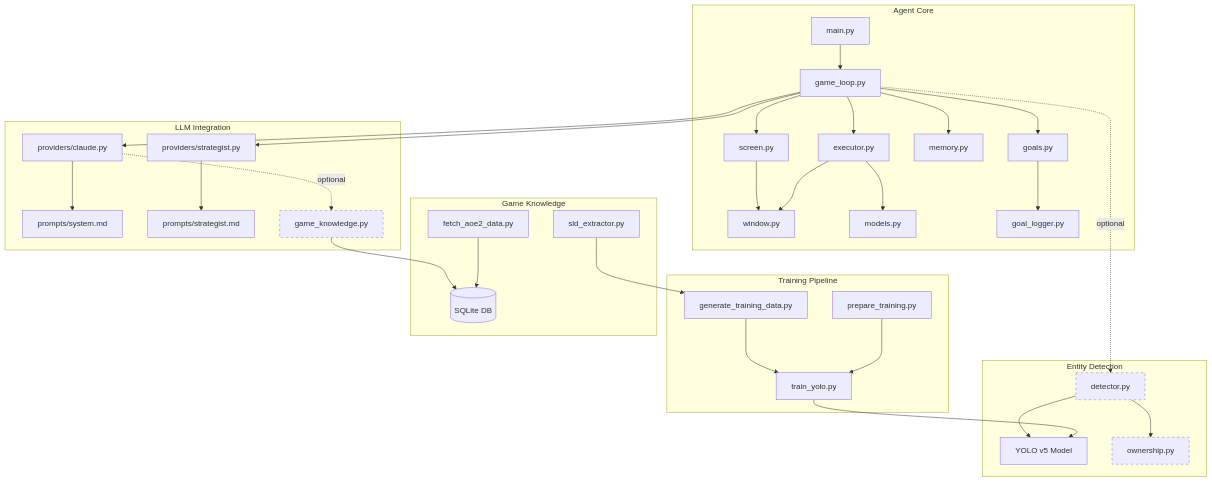
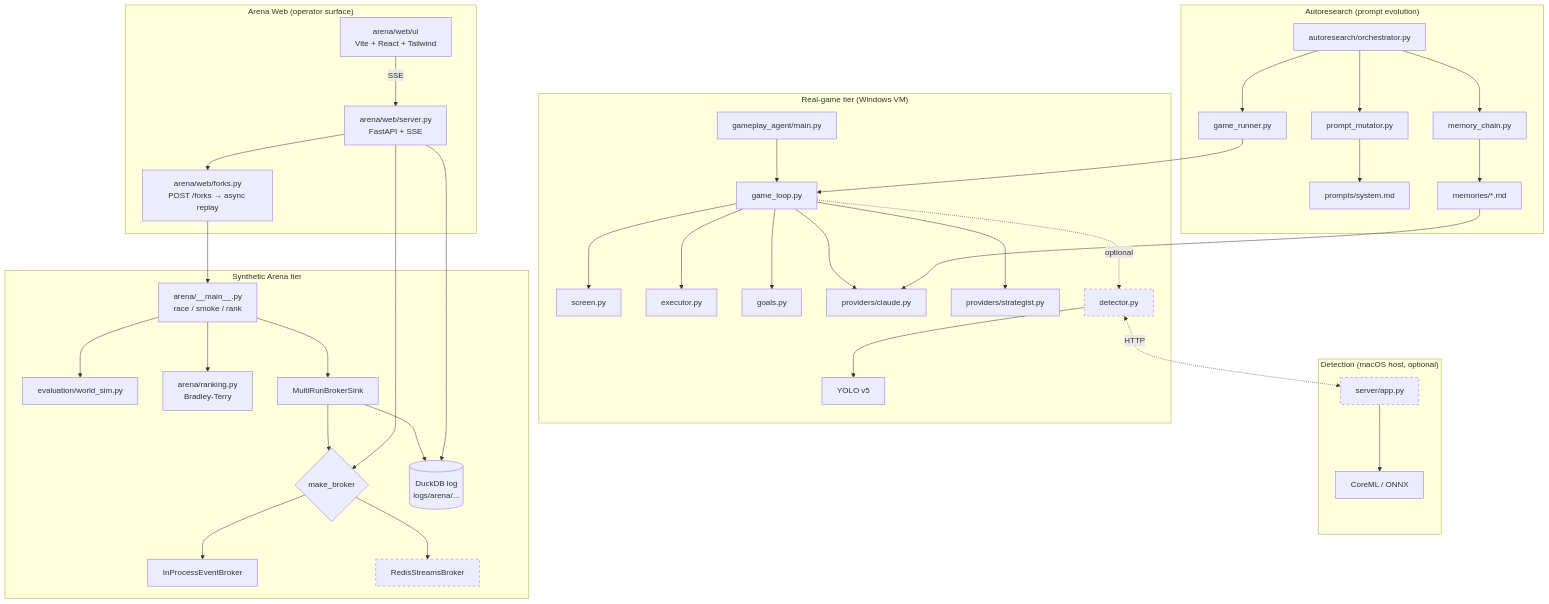
Before and after one commit to dobosmarton/aoe2-agent: the diagram in docs/index.md, drawn with Mermaid. The commit also changed other lines of this file and 29 other files, not shown here.

````diff
--- a/docs/index.md
+++ b/docs/index.md
@@ -9,44 +9,50 @@
 ```mermaid
 graph TD
-    subgraph "Agent Core"
-        MAIN[main.py] --> LOOP[game_loop.py]
+    subgraph "Real-game tier (Windows VM)"
+        MAIN[gameplay_agent/main.py] --> LOOP[game_loop.py]
         LOOP --> SCREEN[screen.py]
         LOOP --> EXEC[executor.py]
-        LOOP --> MEM[memory.py]
         LOOP --> GOALS[goals.py]
-        SCREEN --> WIN[window.py]
-        EXEC --> MODELS[models.py]
-        EXEC --> WIN
-        GOALS --> GLOG[goal_logger.py]
+        LOOP --> PROV[providers/claude.py]
+        LOOP --> STRAT[providers/strategist.py]
+        LOOP -.->|optional| DET[detector.py]
+        DET --> YOLO[YOLO v5]
     end
 
-    subgraph "LLM Integration"
-        LOOP --> PROV[providers/claude.py]
-        LOOP --> STRAT[providers/strategist.py]
-        PROV --> PROMPT[prompts/system.md]
-        STRAT --> SPROMPT[prompts/strategist.md]
-        PROV -.->|optional| GK[game_knowledge.py]
+    subgraph "Detection (macOS host, optional)"
+        DET <-.->|HTTP| SRV[server/app.py]
+        SRV --> COREML[CoreML / ONNX]
     end
 
-    subgraph "Entity Detection"
-        LOOP -.->|optional| DET[detector.py]
-        DET --> YOLO[YOLO v5 Model]
-        DET --> OWN[ownership.py]
+    subgraph "Synthetic Arena tier"
+        CLI[arena/__main__.py<br/>race / smoke / rank] --> WORLD[evaluation/world_sim.py]
+        CLI --> RANK[arena/ranking.py<br/>Bradley-Terry]
+        CLI --> SINK[MultiRunBrokerSink]
+        SINK --> BROKER{make_broker}
+        BROKER --> INPROC[InProcessEventBroker]
+        BROKER --> REDIS[RedisStreamsBroker]
+        SINK --> DUCK[(DuckDB log<br/>logs/arena/...)]
     end
 
-    subgraph "Training Pipeline"
-        GEN[generate_training_data.py] --> TRAIN[train_yolo.py]
-        LABEL[prepare_training.py] --> TRAIN
-        TRAIN --> YOLO
+    subgraph "Arena Web (operator surface)"
+        WEB[arena/web/server.py<br/>FastAPI + SSE] --> BROKER
+        WEB --> DUCK
+        WEB --> FORK[arena/web/forks.py<br/>POST /forks → async replay]
+        FORK --> CLI
+        UI[arena/web/ui<br/>Vite + React + Tailwind] -->|SSE| WEB
     end
 
-    subgraph "Game Knowledge"
-        GK --> SQLITE[(SQLite DB)]
-        FETCH[fetch_aoe2_data.py] --> SQLITE
-        SLD[sld_extractor.py] --> GEN
+    subgraph "Autoresearch (prompt evolution)"
+        AR[autoresearch/orchestrator.py] --> MUT[prompt_mutator.py]
+        MUT --> SYSP[prompts/system.md]
+        AR --> RUN[game_runner.py]
+        RUN --> LOOP
+        AR --> MEM[memory_chain.py]
+        MEM --> MEMDIR[memories/*.md]
+        MEMDIR --> PROV
     end
 
     style DET stroke-dasharray: 5 5
-    style GK stroke-dasharray: 5 5
-    style OWN stroke-dasharray: 5 5
+    style SRV stroke-dasharray: 5 5
+    style REDIS stroke-dasharray: 5 5
 ```
````
